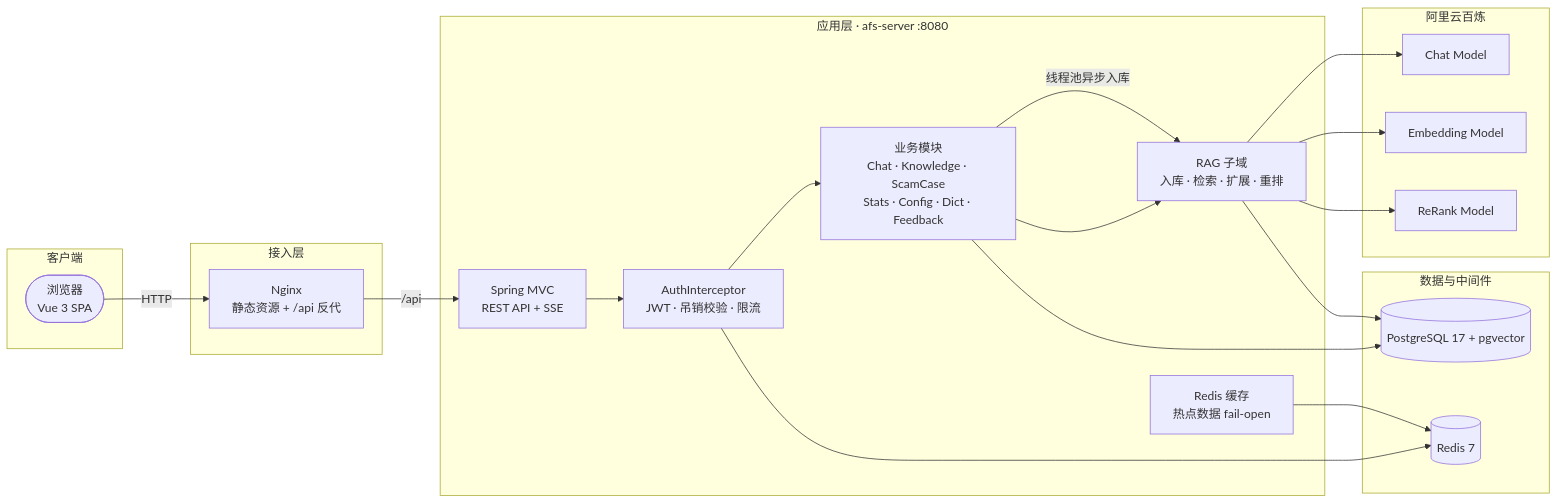
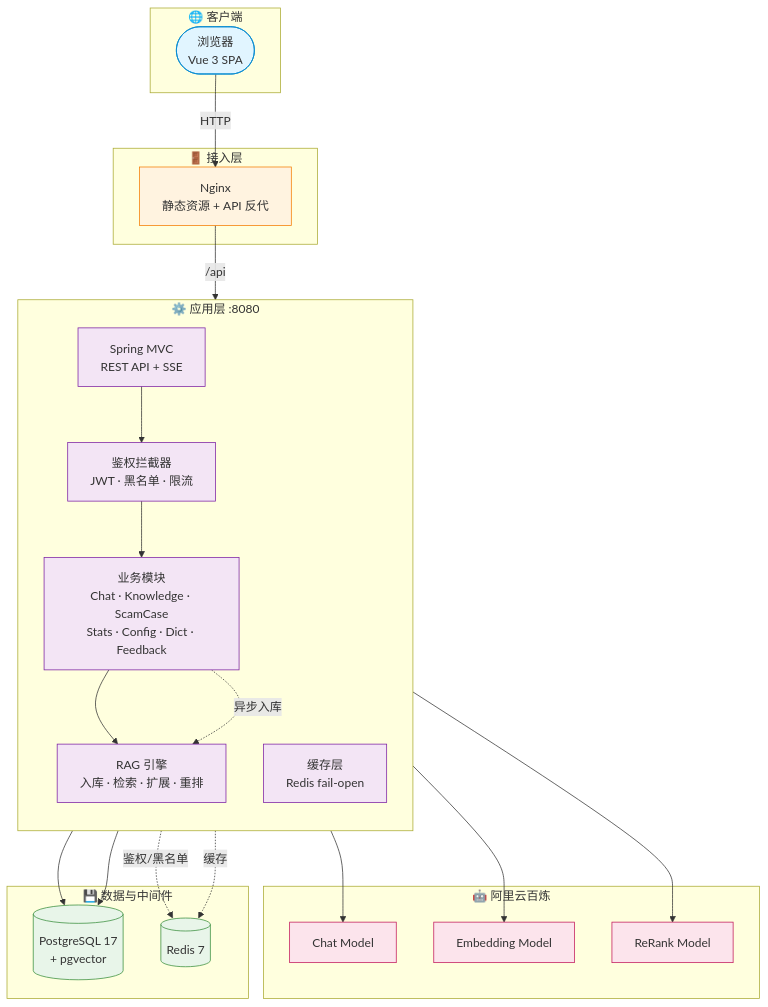
One commit to wxcoding/llm-afs changed the first of 2 diagrams in README.md. Above: the diagram before and after it, drawn with Mermaid. The commit also changed other lines of this file, not shown here.

Commit message:
feat：修改架构图

````diff
--- a/README.md
+++ b/README.md
@@ -38,43 +38,56 @@
 ```mermaid
-flowchart LR
-    subgraph Client["客户端"]
+flowchart TB
+    subgraph Client["🌐 客户端"]
         Browser(["浏览器<br/>Vue 3 SPA"])
     end
 
-    subgraph Edge["接入层"]
-        Nginx["Nginx<br/>静态资源 + /api 反代"]
+    subgraph Edge["🚪 接入层"]
+        Nginx["Nginx<br/>静态资源 + API 反代"]
     end
 
-    subgraph App["应用层 · afs-server :8080"]
+    subgraph App["⚙️ 应用层 :8080"]
+        direction TB
         MVC["Spring MVC<br/>REST API + SSE"]
-        Auth["AuthInterceptor<br/>JWT · 吊销校验 · 限流"]
+        Auth["鉴权拦截器<br/>JWT · 黑名单 · 限流"]
         Modules["业务模块<br/>Chat · Knowledge · ScamCase<br/>Stats · Config · Dict · Feedback"]
-        RAG["RAG 子域<br/>入库 · 检索 · 扩展 · 重排"]
-        Cache["Redis 缓存<br/>热点数据 fail-open"]
+        RAG["RAG 引擎<br/>入库 · 检索 · 扩展 · 重排"]
+        Cache["缓存层<br/>Redis fail-open"]
     end
 
-    subgraph AI["阿里云百炼"]
+    subgraph AI["🤖 阿里云百炼"]
         LLM["Chat Model"]
         Emb["Embedding Model"]
         Rerank["ReRank Model"]
     end
 
-    subgraph Data["数据与中间件"]
-        PG[("PostgreSQL 17 + pgvector")]
+    subgraph Data["💾 数据与中间件"]
+        PG[("PostgreSQL 17<br/>+ pgvector")]
         Redis[("Redis 7")]
     end
 
-    Browser -- HTTP --> Nginx
-    Nginx -- "/api" --> MVC
+    Browser -->|HTTP| Nginx
+    Nginx -->|/api| MVC
     MVC --> Auth
     Auth --> Modules
     Modules --> RAG
-    Modules -->|线程池异步入库| RAG
-    Auth --> Redis
-    Cache --> Redis
+    Modules -.->|异步入库| RAG
+    Auth -.->|鉴权/黑名单| Redis
+    Cache -.->|缓存| Redis
     RAG --> Emb
     RAG --> Rerank
     RAG --> LLM
     Modules --> PG
     RAG --> PG
+
+    classDef client fill:#e1f5ff,stroke:#0288d1
+    classDef edge fill:#fff3e0,stroke:#f57c00
+    classDef app fill:#f3e5f5,stroke:#7b1fa2
+    classDef ai fill:#fce4ec,stroke:#c2185b
+    classDef data fill:#e8f5e9,stroke:#388e3c
+
+    class Browser client
+    class Nginx edge
+    class MVC,Auth,Modules,RAG,Cache app
+    class LLM,Emb,Rerank ai
+    class PG,Redis data
 ```
````
